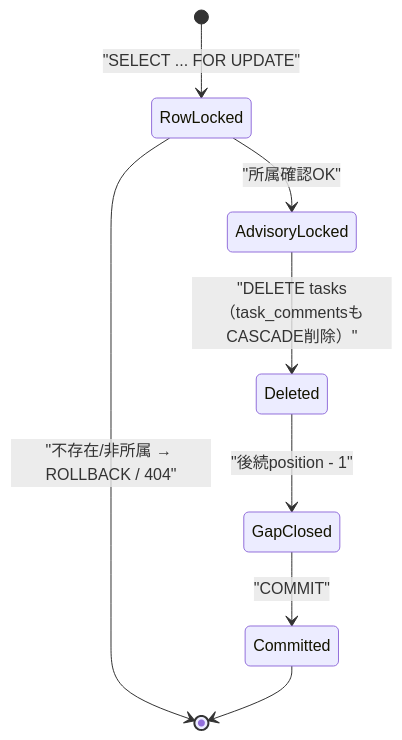
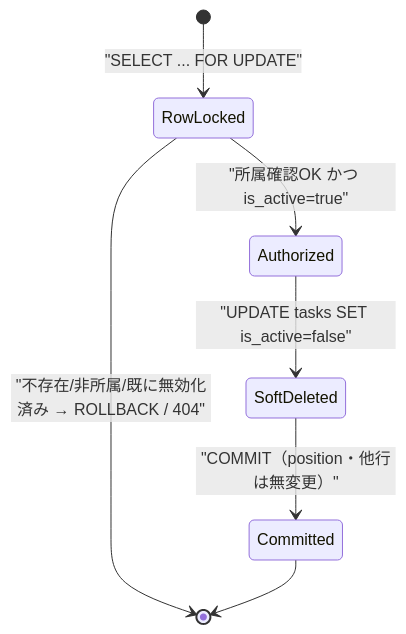
One commit to oikawa-d/task_management changed the fourth of 4 diagrams in detailed_design/api/tasks/05_delete_task.md. Above: the diagram before and after it, drawn with Mermaid. The commit also changed other lines of this file and 25 other files, not shown here.

````diff
--- a/detailed_design/api/tasks/05_delete_task.md
+++ b/detailed_design/api/tasks/05_delete_task.md
@@ -168,10 +164,9 @@
 ```mermaid
 stateDiagram-v2
     [*] --> RowLocked: "SELECT ... FOR UPDATE"
-    RowLocked --> AdvisoryLocked: "所属確認OK"
-    RowLocked --> [*]: "不存在/非所属 → ROLLBACK / 404"
-    AdvisoryLocked --> Deleted: "DELETE tasks<br/>（task_commentsもCASCADE削除）"
-    Deleted --> GapClosed: "後続position - 1"
-    GapClosed --> Committed: "COMMIT"
+    RowLocked --> Authorized: "所属確認OK かつ is_active=true"
+    RowLocked --> [*]: "不存在/非所属/既に無効化済み → ROLLBACK / 404"
+    Authorized --> SoftDeleted: "UPDATE tasks SET is_active=false"
+    SoftDeleted --> Committed: "COMMIT（position・他行は無変更）"
     Committed --> [*]
 ```
````
